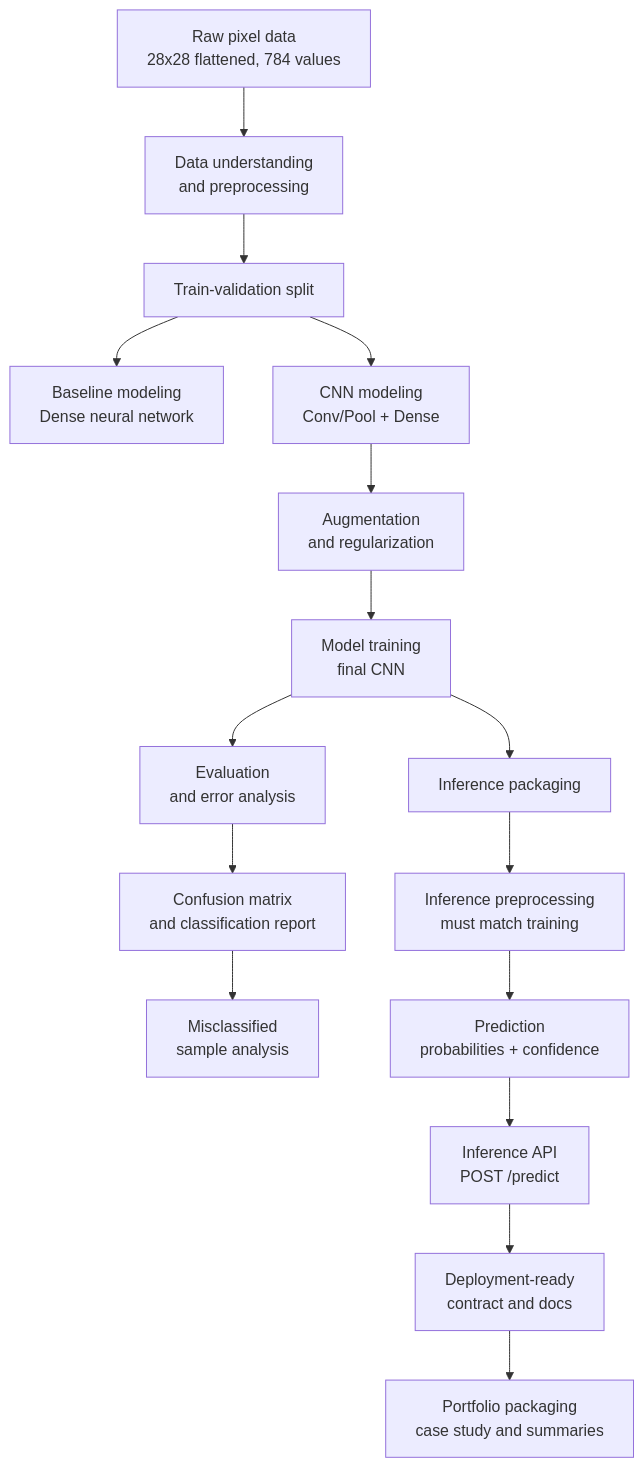
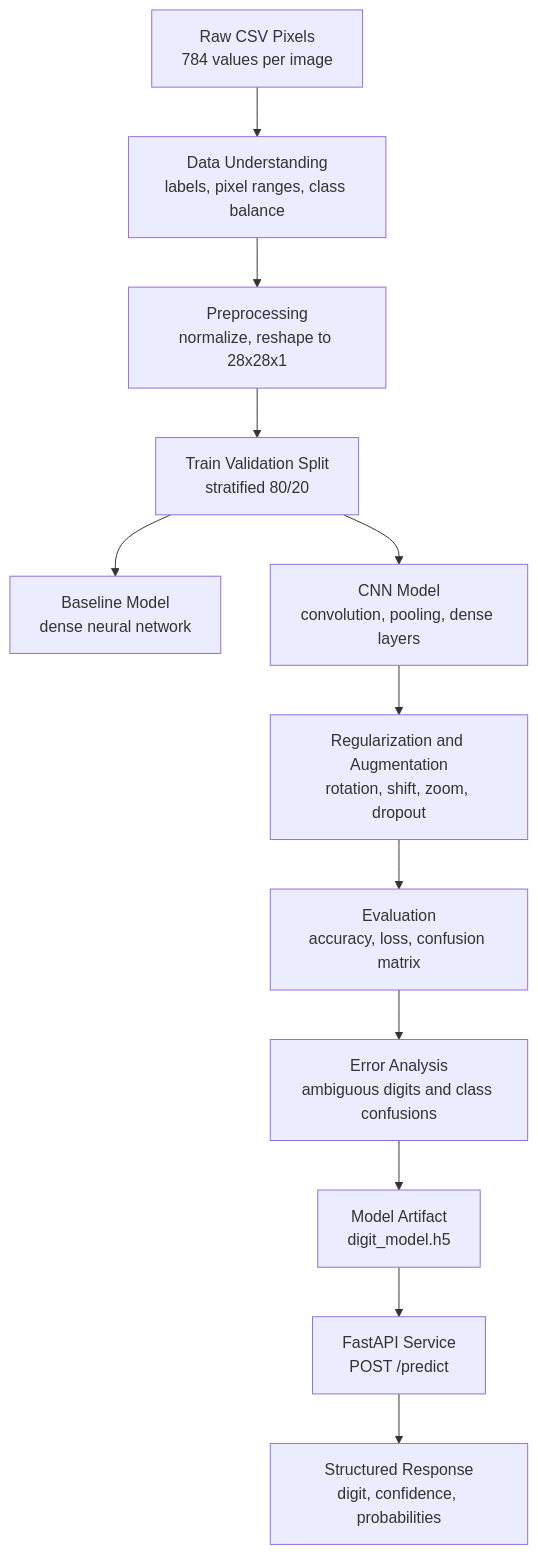
One commit to mutassimalzeem/vision-classification-pipeline changed the first of 4 diagrams in README.md. Above: the diagram before and after it, drawn with Mermaid. The commit also changed other lines of this file, not shown here.

Commit message:
README Updated with architecture

````diff
--- a/README.md
+++ b/README.md
@@ -51,30 +133,14 @@
 ```mermaid
 flowchart TD
-  A["Raw pixel data<br/>28x28 flattened, 784 values"] --> B["Data understanding<br/>and preprocessing"]
-  B --> C["Train-validation split"]
-
-  C --> D["Baseline modeling<br/>Dense neural network"]
-  C --> E["CNN modeling<br/>Conv/Pool + Dense"]
-  E --> F["Augmentation<br/>and regularization"]
-  F --> G["Model training<br/>final CNN"]
-
-  G --> H["Evaluation<br/>and error analysis"]
-  H --> I["Confusion matrix<br/>and classification report"]
-  I --> J["Misclassified<br/>sample analysis"]
-
-  G --> K["Inference packaging"]
-  K --> L["Inference preprocessing<br/>must match training"]
-  L --> M["Prediction<br/>probabilities + confidence"]
-
-  M --> N["Inference API<br/>POST /predict"]
-  N --> O["Deployment-ready<br/>contract and docs"]
-
-  O --> P["Portfolio packaging<br/>case study and summaries"]
-
-  %% Documentation pointers
-  %% - docs/02_data_understanding/* for preprocessing plan
-  %% - docs/04_modeling_strategy/* for model strategy
-  %% - docs/05_evaluation/* for evaluation/error analysis
-  %% - docs/06_inference_api/* for inference + API contract
-  %% - docs/08_portfolio_case_study/* for final writeups
+    A["Raw CSV Pixels<br/>784 values per image"] --> B["Data Understanding<br/>labels, pixel ranges, class balance"]
+    B --> C["Preprocessing<br/>normalize, reshape to 28x28x1"]
+    C --> D["Train Validation Split<br/>stratified 80/20"]
+    D --> E["Baseline Model<br/>dense neural network"]
+    D --> F["CNN Model<br/>convolution, pooling, dense layers"]
+    F --> G["Regularization and Augmentation<br/>rotation, shift, zoom, dropout"]
+    G --> H["Evaluation<br/>accuracy, loss, confusion matrix"]
+    H --> I["Error Analysis<br/>ambiguous digits and class confusions"]
+    I --> J["Model Artifact<br/>digit_model.h5"]
+    J --> K["FastAPI Service<br/>POST /predict"]
+    K --> L["Structured Response<br/>digit, confidence, probabilities"]
 ```
````
